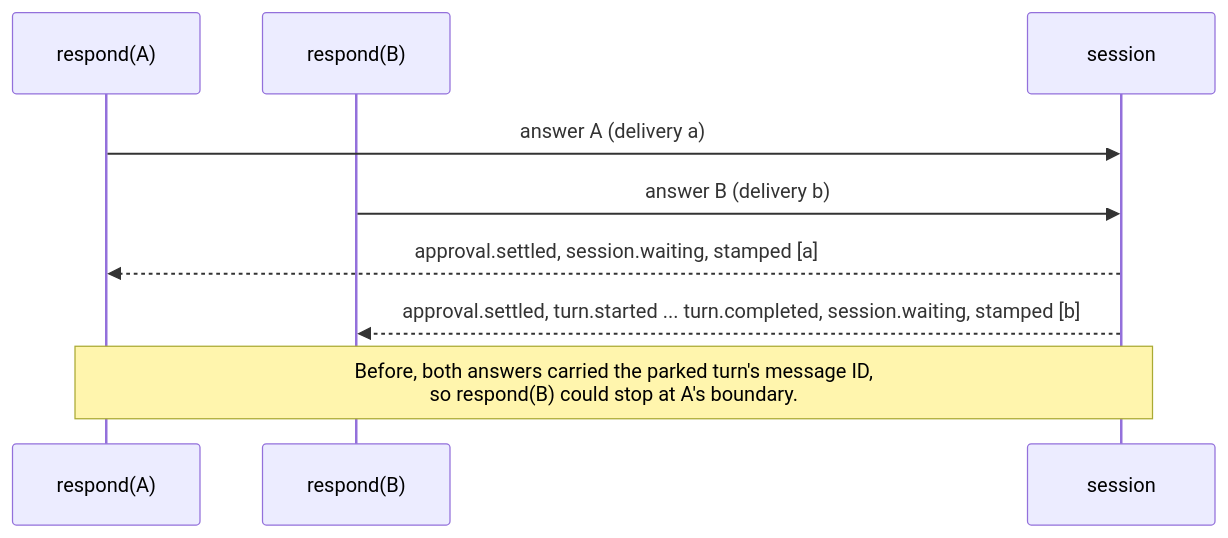
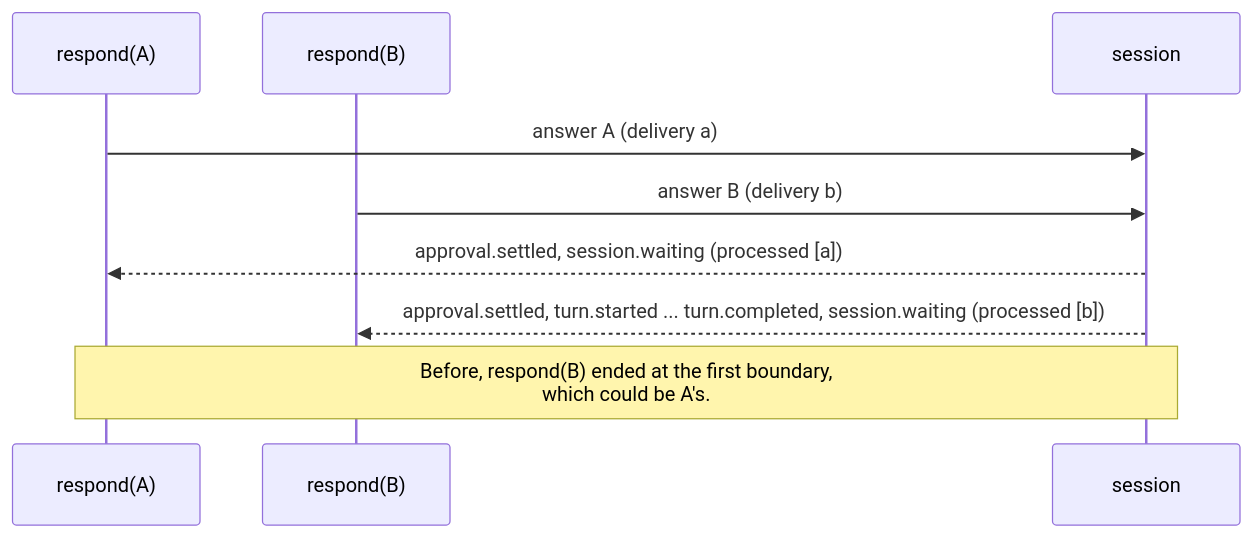
The third of 4 diagrams in research/session-state.md (femisapien/eve), drawn with Mermaid before and after one commit. The commit also changed other lines of this file, not shown here.

````diff
--- a/research/session-state.md
+++ b/research/session-state.md
@@ -418,11 +424,11 @@
 ```mermaid
 sequenceDiagram
   participant A as respond(A)
   participant B as respond(B)
   participant S as session
   A->>S: answer A (delivery a)
   B->>S: answer B (delivery b)
-  S-->>A: approval.settled, session.waiting, stamped [a]
-  S-->>B: approval.settled, turn.started ... turn.completed, session.waiting, stamped [b]
-  Note over A,S: Before, both answers carried the parked turn's message ID,<br/>so respond(B) could stop at A's boundary.
+  S-->>A: approval.settled, session.waiting (processed [a])
+  S-->>B: approval.settled, turn.started ... turn.completed, session.waiting (processed [b])
+  Note over A,S: Before, respond(B) ended at the first boundary,<br/>which could be A's.
 ```
````
